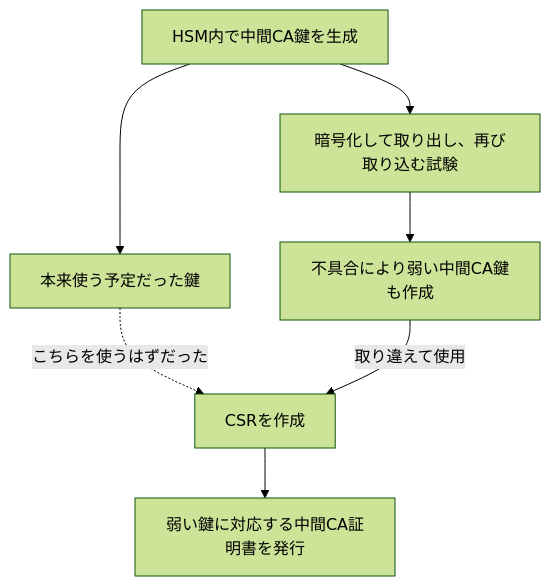
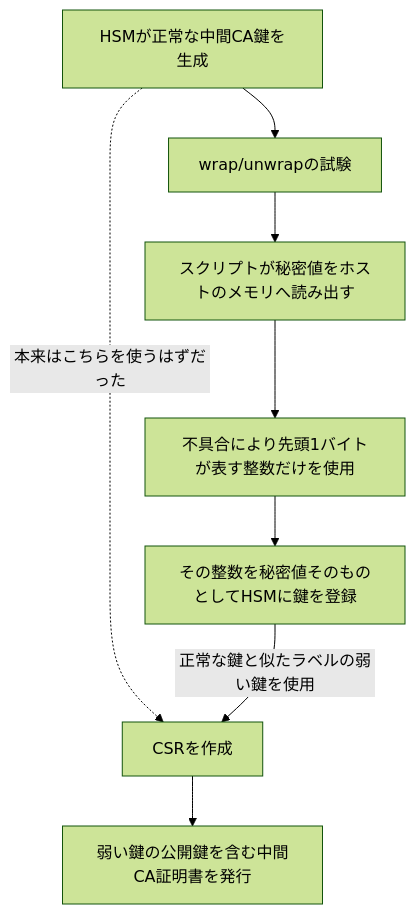
One commit to aurora1530/learning-materials changed the first of 10 diagrams in docs/security/20261113-tls-pki-emudhra.md. Above: the diagram before and after it, drawn with Mermaid (forest theme). The commit also changed other lines of this file, not shown here.

````diff
--- a/docs/security/20261113-tls-pki-emudhra.md
+++ b/docs/security/20261113-tls-pki-emudhra.md
@@ -27,9 +27,10 @@
 ```mermaid
 flowchart TD
-    A["HSM内で中間CA鍵を生成"] --> B["本来使う予定だった鍵"]
-    A --> C["暗号化して取り出し、再び取り込む試験"]
-    C --> D["不具合により弱い中間CA鍵も作成"]
-    B -. "こちらを使うはずだった" .-> E["CSRを作成"]
-    D -->|取り違えて使用| E
-    E --> F["弱い鍵に対応する中間CA証明書を発行"]
+    A["HSMが正常な中間CA鍵を生成"] --> B["wrap/unwrapの試験"]
+    B --> C["スクリプトが秘密値をホストのメモリへ読み出す"]
+    C --> D["不具合により先頭1バイトが表す整数だけを使用"]
+    D --> E["その整数を秘密値そのものとしてHSMに鍵を登録"]
+    A -. "本来はこちらを使うはずだった" .-> F["CSRを作成"]
+    E -->|正常な鍵と似たラベルの弱い鍵を使用| F
+    F --> G["弱い鍵の公開鍵を含む中間CA証明書を発行"]
 ```
````
